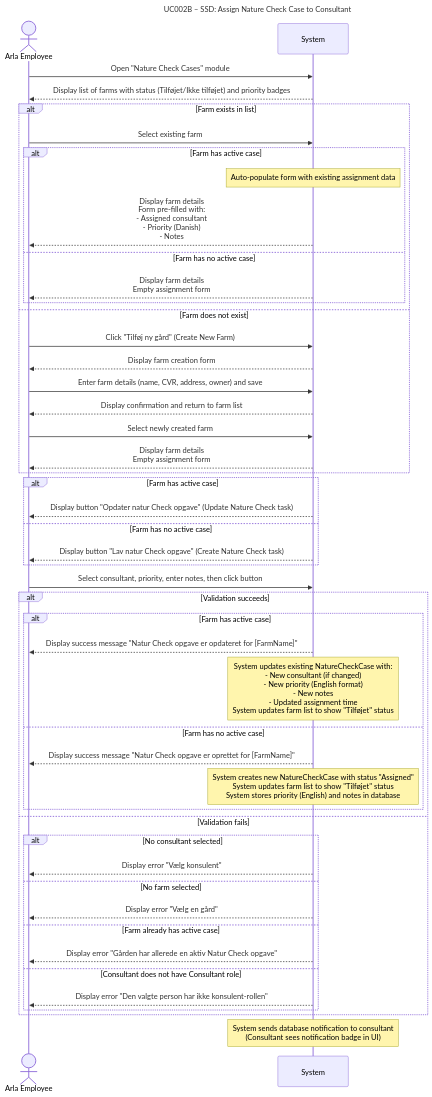
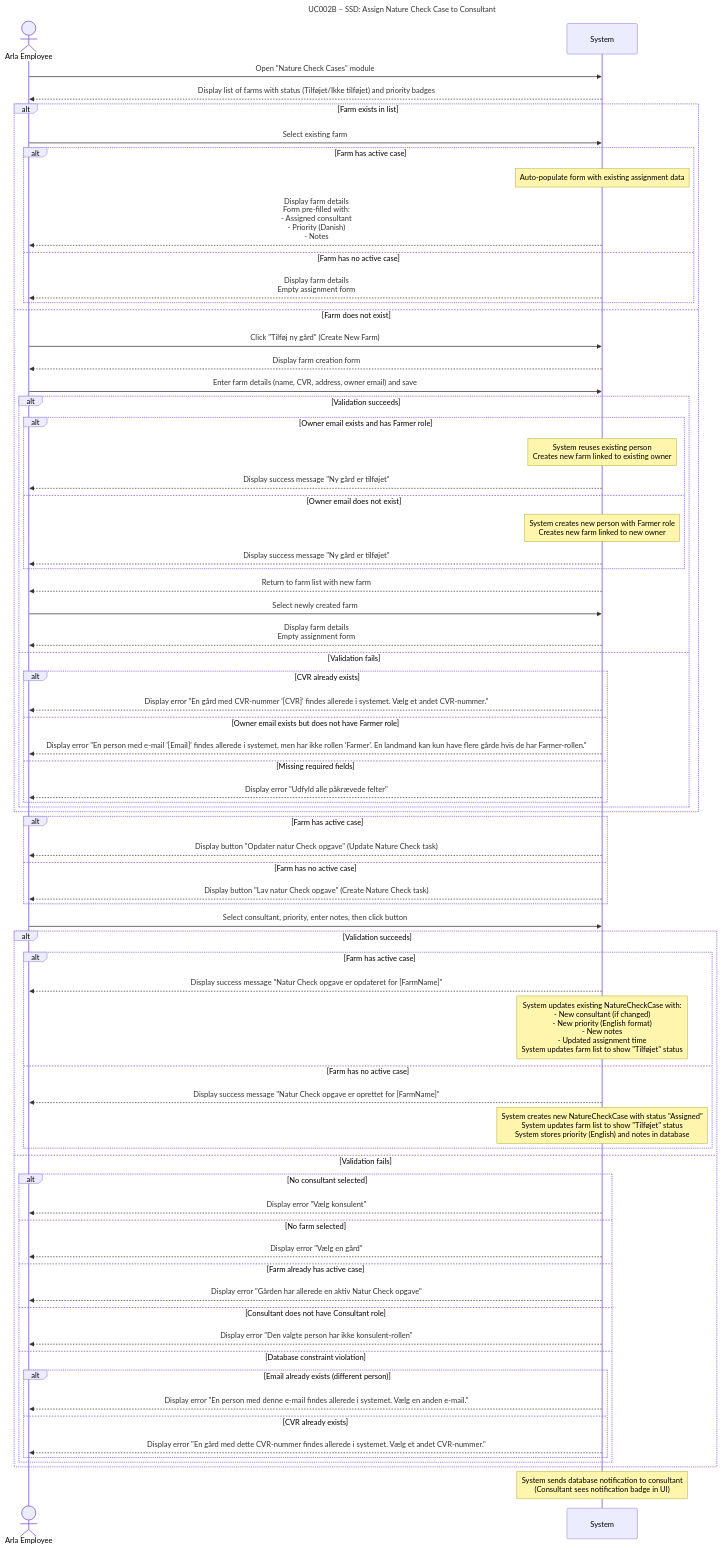
Before and after one commit to DMOoF25-TEAM11/ArlaNatureConnect: the diagram in docs/UseCase002B-AssignNatureCheckCase/UC002B-SSD.md, drawn with Mermaid. The commit also changed other lines of this file and 22 other files, not shown here.

Commit message:
Artefact update for UC001, UC002B... And Total Update for DCD.md, DomainModel.md and ER.md with UC001 & UC002B.... Plus fix so Farmer can be connected with multiple farms with different CVR numbers. When Arla Employee writes more farms to the same email.

````diff
--- a/docs/UseCase002B-AssignNatureCheckCase/UC002B-SSD.md
+++ b/docs/UseCase002B-AssignNatureCheckCase/UC002B-SSD.md
@@ -5,56 +5,79 @@
 ```mermaid
 sequenceDiagram
     title UC002B – SSD: Assign Nature Check Case to Consultant
 
     actor ArlaEmployee as Arla Employee
     participant System as System
 
     ArlaEmployee ->> System: Open "Nature Check Cases" module
     System -->> ArlaEmployee: Display list of farms with status (Tilføjet/Ikke tilføjet) and priority badges
 
     alt Farm exists in list
         ArlaEmployee ->> System: Select existing farm
         alt Farm has active case
             Note over System: Auto-populate form with existing assignment data
             System -->> ArlaEmployee: Display farm details<br/>Form pre-filled with:<br/>- Assigned consultant<br/>- Priority (Danish)<br/>- Notes
         else Farm has no active case
             System -->> ArlaEmployee: Display farm details<br/>Empty assignment form
         end
     else Farm does not exist
         ArlaEmployee ->> System: Click "Tilføj ny gård" (Create New Farm)
         System -->> ArlaEmployee: Display farm creation form
-        ArlaEmployee ->> System: Enter farm details (name, CVR, address, owner) and save
-        System -->> ArlaEmployee: Display confirmation and return to farm list
-        ArlaEmployee ->> System: Select newly created farm
-        System -->> ArlaEmployee: Display farm details<br/>Empty assignment form
+        ArlaEmployee ->> System: Enter farm details (name, CVR, address, owner email) and save
+        alt Validation succeeds
+            alt Owner email exists and has Farmer role
+                Note over System: System reuses existing person<br/>Creates new farm linked to existing owner
+                System -->> ArlaEmployee: Display success message "Ny gård er tilføjet"
+            else Owner email does not exist
+                Note over System: System creates new person with Farmer role<br/>Creates new farm linked to new owner
+                System -->> ArlaEmployee: Display success message "Ny gård er tilføjet"
+            end
+            System -->> ArlaEmployee: Return to farm list with new farm
+            ArlaEmployee ->> System: Select newly created farm
+            System -->> ArlaEmployee: Display farm details<br/>Empty assignment form
+        else Validation fails
+            alt CVR already exists
+                System -->> ArlaEmployee: Display error "En gård med CVR-nummer '[CVR]' findes allerede i systemet. Vælg et andet CVR-nummer."
+            else Owner email exists but does not have Farmer role
+                System -->> ArlaEmployee: Display error "En person med e-mail '[Email]' findes allerede i systemet, men har ikke rollen 'Farmer'. En landmand kan kun have flere gårde hvis de har Farmer-rollen."
+            else Missing required fields
+                System -->> ArlaEmployee: Display error "Udfyld alle påkrævede felter"
+            end
+        end
     end
 
     alt Farm has active case
         System -->> ArlaEmployee: Display button "Opdater natur Check opgave" (Update Nature Check task)
     else Farm has no active case
         System -->> ArlaEmployee: Display button "Lav natur Check opgave" (Create Nature Check task)
     end
 
     ArlaEmployee ->> System: Select consultant, priority, enter notes, then click button
     alt Validation succeeds
         alt Farm has active case
             System -->> ArlaEmployee: Display success message "Natur Check opgave er opdateret for [FarmName]"
             Note over System: System updates existing NatureCheckCase with:<br/>- New consultant (if changed)<br/>- New priority (English format)<br/>- New notes<br/>- Updated assignment time<br/>System updates farm list to show "Tilføjet" status
         else Farm has no active case
             System -->> ArlaEmployee: Display success message "Natur Check opgave er oprettet for [FarmName]"
             Note over System: System creates new NatureCheckCase with status "Assigned"<br/>System updates farm list to show "Tilføjet" status<br/>System stores priority (English) and notes in database
         end
     else Validation fails
         alt No consultant selected
             System -->> ArlaEmployee: Display error "Vælg konsulent"
         else No farm selected
             System -->> ArlaEmployee: Display error "Vælg en gård"
         else Farm already has active case
             System -->> ArlaEmployee: Display error "Gården har allerede en aktiv Natur Check opgave"
         else Consultant does not have Consultant role
             System -->> ArlaEmployee: Display error "Den valgte person har ikke konsulent-rollen"
+        else Database constraint violation
+            alt Email already exists (different person)
+                System -->> ArlaEmployee: Display error "En person med denne e-mail findes allerede i systemet. Vælg en anden e-mail."
+            else CVR already exists
+                System -->> ArlaEmployee: Display error "En gård med dette CVR-nummer findes allerede i systemet. Vælg et andet CVR-nummer."
+            end
         end
     end
 
     Note over System: System sends database notification to consultant<br/>(Consultant sees notification badge in UI)
 ```
````
